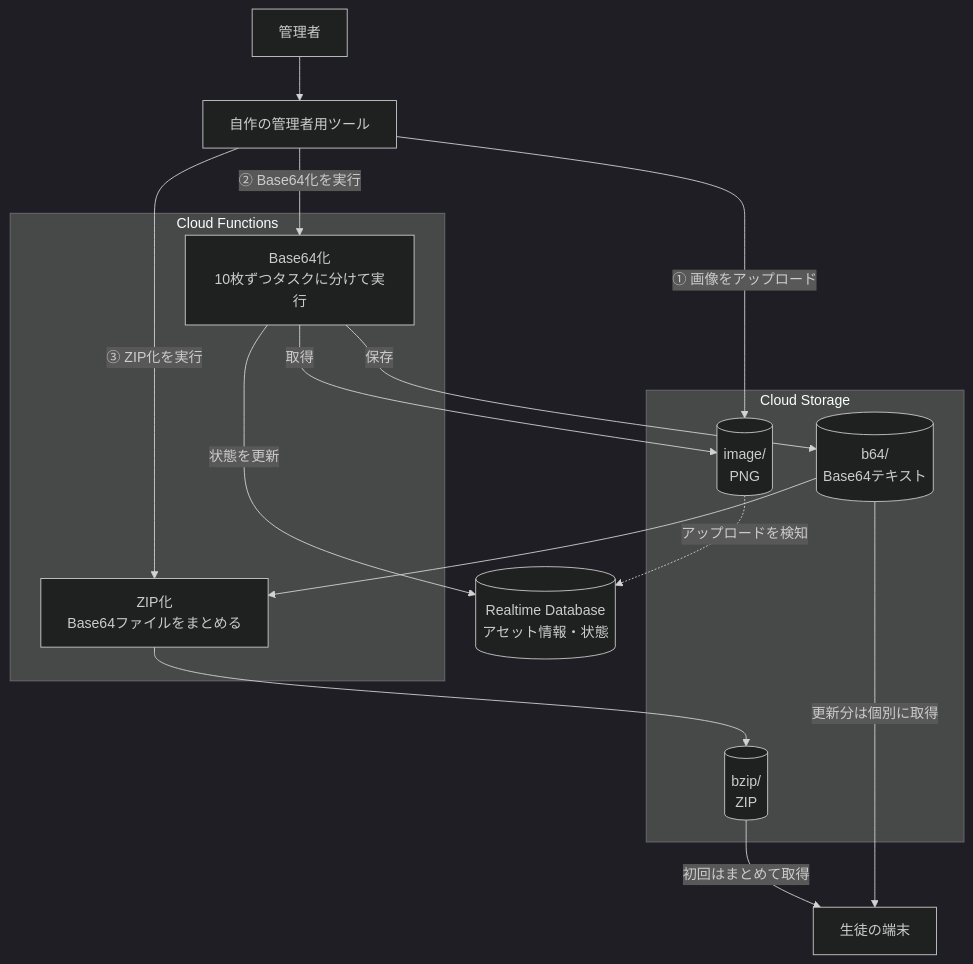
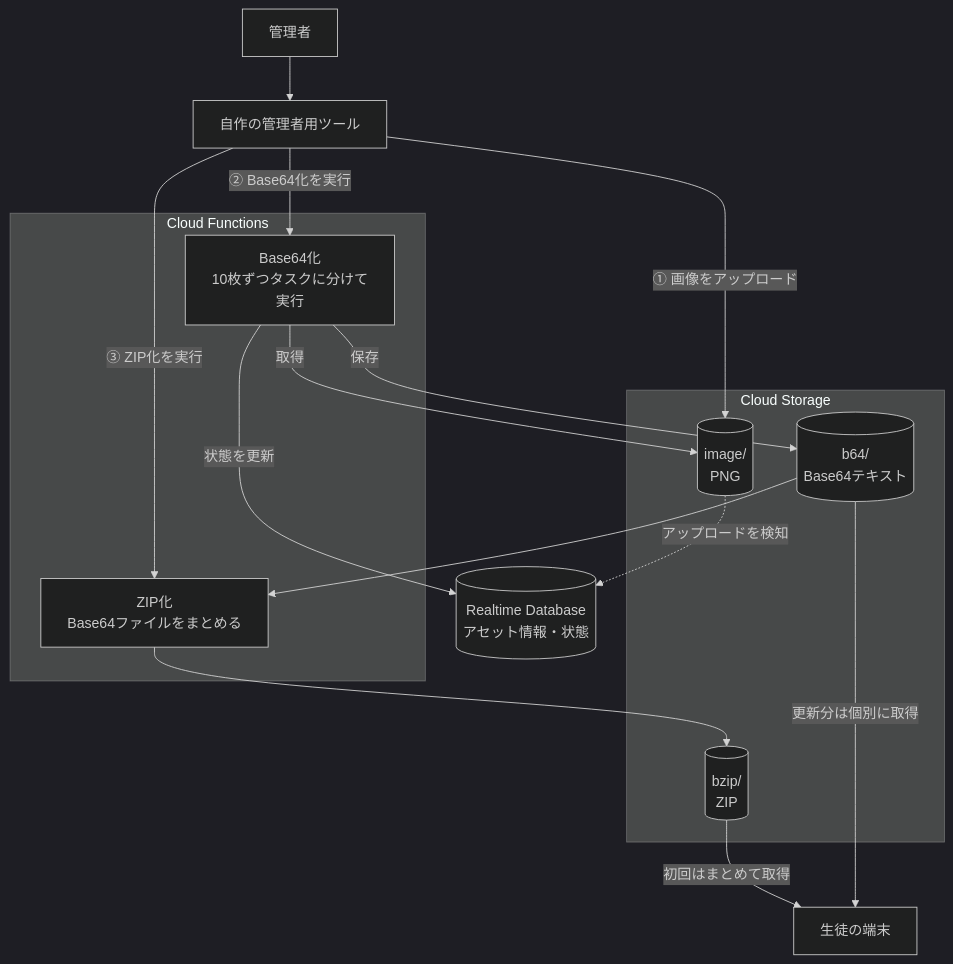
Before and after one commit to rarai0116/portfolio-test-platform: the second of 3 diagrams in apps/workbook-app/docs/contributors/arai.md, drawn with Mermaid (dark theme). The commit also changed other lines of this file and 3 other files, not shown here.

````diff
--- a/apps/workbook-app/docs/contributors/arai.md
+++ b/apps/workbook-app/docs/contributors/arai.md
@@ -363,34 +365,34 @@
 ```mermaid
 flowchart TB
   ADMIN["管理者"]
   TOOL["自作の管理者用ツール"]
 
   subgraph ST["Cloud Storage"]
     PNG[("image/<br/>PNG")]
     B64[("b64/<br/>Base64テキスト")]
     ZIP[("bzip/<br/>ZIP")]
   end
 
   subgraph FN["Cloud Functions"]
-    TASK["Base64化<br/>10枚ずつタスクに分けて実行"]
+    TASK["Base64化<br/>10枚ずつタスクに分けて<br />実行"]
     ZIPFN["ZIP化<br/>Base64ファイルをまとめる"]
   end
 
   RTDB[("Realtime Database<br/>アセット情報・状態")]
   APP["生徒の端末"]
 
   ADMIN --> TOOL
   TOOL -->|"① 画像をアップロード"| PNG
   PNG -.->|"アップロードを検知"| RTDB
 
   TOOL -->|"② Base64化を実行"| TASK
   TASK -->|"取得"| PNG
   TASK -->|"保存"| B64
   TASK -->|"状態を更新"| RTDB
 
   TOOL -->|"③ ZIP化を実行"| ZIPFN
   B64 --> ZIPFN --> ZIP
 
   ZIP -->|"初回はまとめて取得"| APP
   B64 -->|"更新分は個別に取得"| APP
 ```
````
